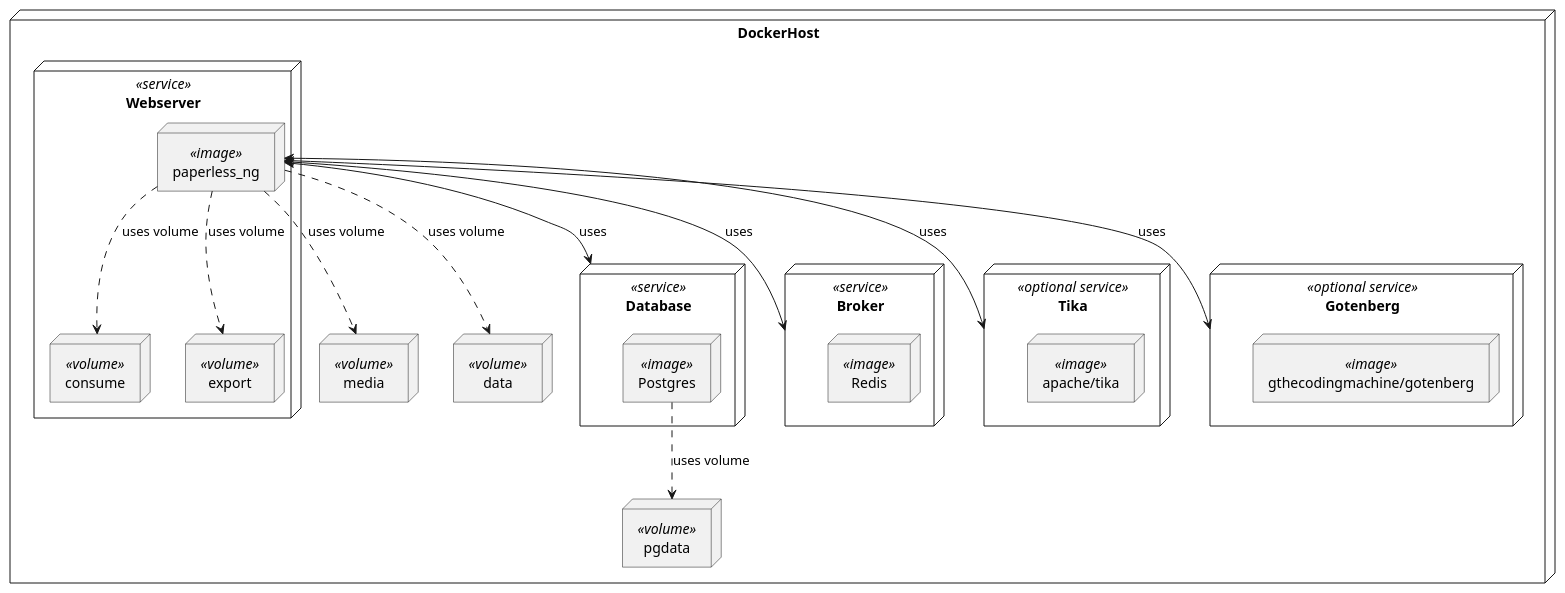
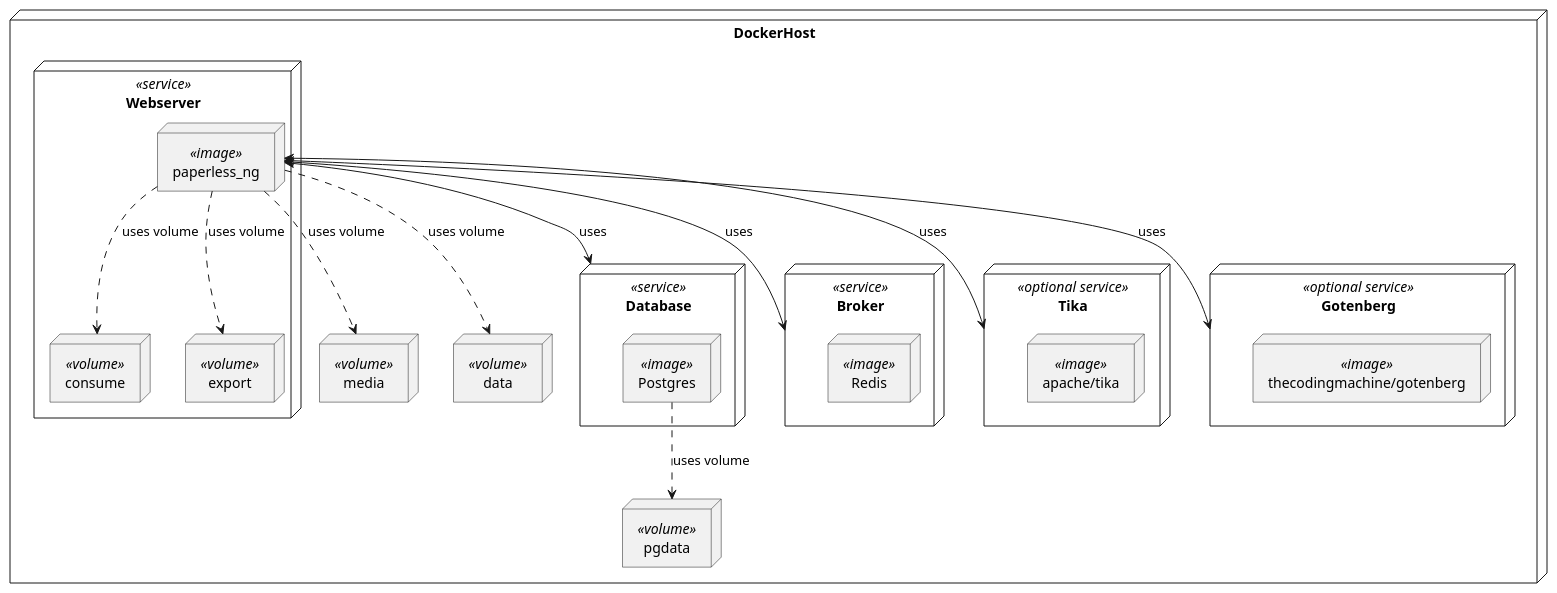
The diagram in deployment.puml (isigmund/test_plantuml), drawn with PlantUML before and after one commit.

```diff
--- a/deployment.puml
+++ b/deployment.puml
@@ -1,36 +1,36 @@
 @startuml
 node DockerHost  {
  
     node Database <<service>> {
         node Postgres <<image>>
     }
     node pgdata <<volume>>
     node media <<volume>>
     node data <<volume>>
     node Webserver <<service>> {
         node paperless_ng <<image>>
         node consume <<volume>>
         node export <<volume>>
     }
     node Broker <<service>> {
         node Redis <<image>>
     }
     node Tika  <<optional service>> {
         node "apache/tika" <<image>>
     }
     node Gotenberg <<optional service>> {
-        node "gthecodingmachine/gotenberg" <<image>>
+        node "thecodingmachine/gotenberg" <<image>>
     }
  
     Postgres -[dashed]-> pgdata : "uses volume"
     paperless_ng -[dashed]-> consume  :"uses volume"
     paperless_ng -[dashed]-> export : "uses volume"
     paperless_ng -[dashed]-> data : "uses volume"
     paperless_ng -[dashed]-> media : "uses volume"
     paperless_ng <--> Database : uses
     paperless_ng <--> Broker  : uses
     paperless_ng <--> Gotenberg : uses
     paperless_ng <--> Tika : uses
  
 }
 @enduml
```
